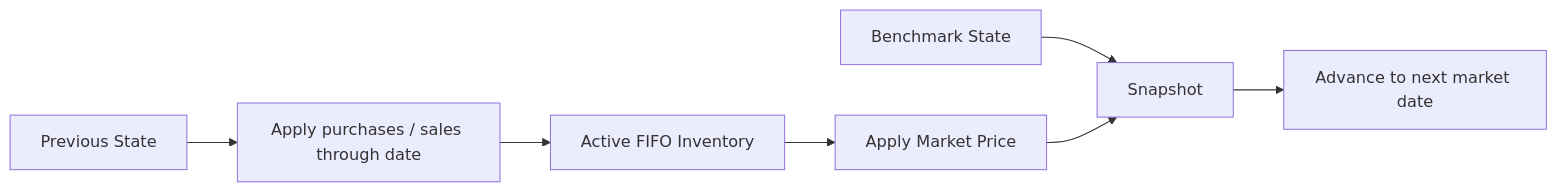
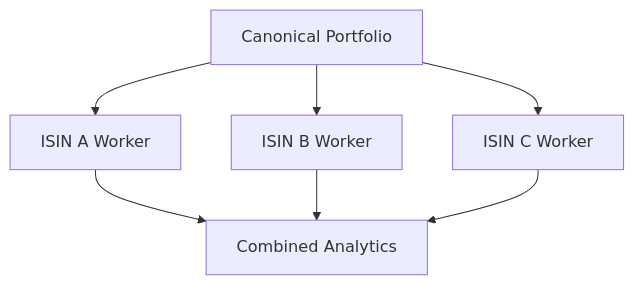
One commit to tks18/personal-finance-etl changed the second of 4 diagrams in docs/finance/investment-analytics.md. Above: the diagram before and after it, drawn with Mermaid. The commit also changed other lines of this file and 5 other files, not shown here.

````diff
--- a/docs/finance/investment-analytics.md
+++ b/docs/finance/investment-analytics.md
@@ -306,9 +64,10 @@
 ```mermaid
-flowchart LR
-    T0["Previous State"] --> TX["Apply purchases / sales through date"]
-    TX --> LOT["Active FIFO Inventory"]
-    LOT --> MV["Apply Market Price"]
-    BM["Benchmark State"] --> SNAP["Snapshot"]
-    MV --> SNAP
-    SNAP --> NEXT["Advance to next market date"]
+flowchart TB
+    PORT["Canonical Portfolio"] --> A["ISIN A Worker"]
+    PORT --> B["ISIN B Worker"]
+    PORT --> C["ISIN C Worker"]
+
+    A --> OUT["Combined Analytics"]
+    B --> OUT
+    C --> OUT
 ```
````
